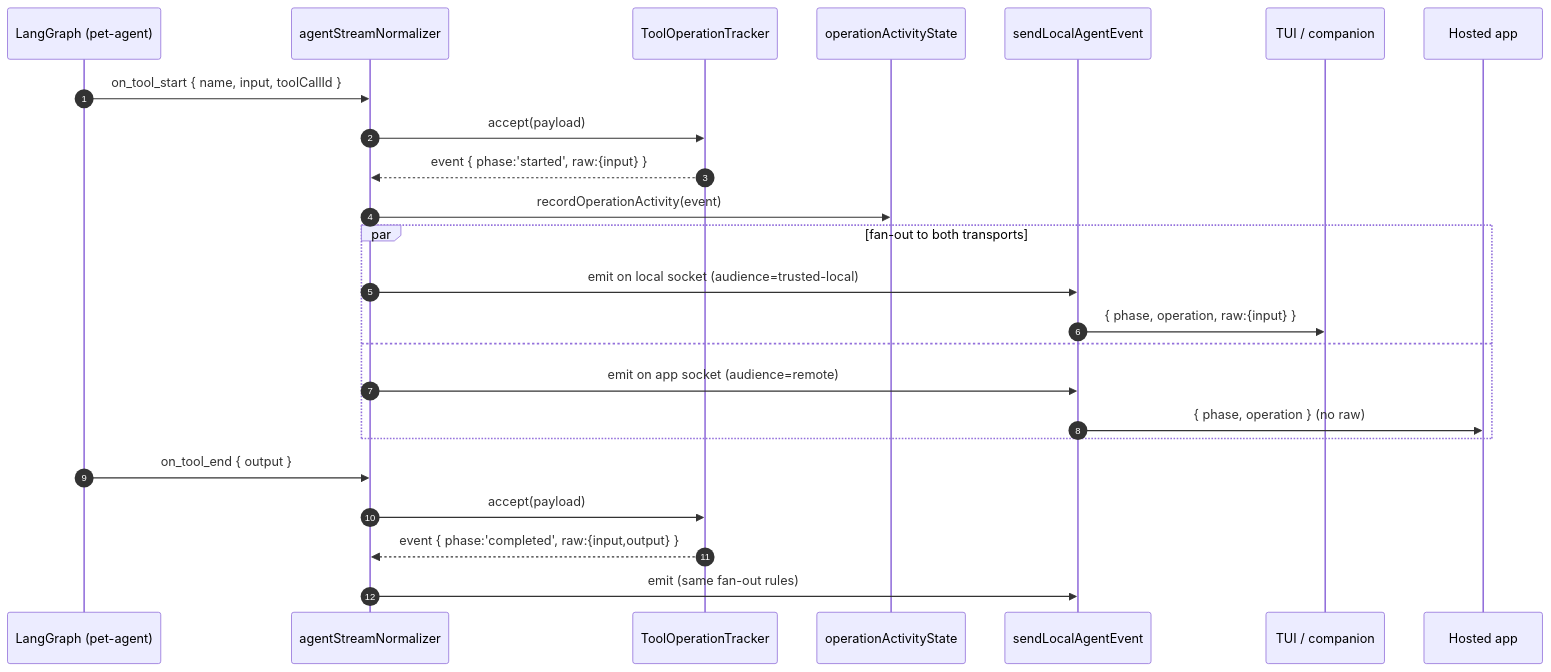
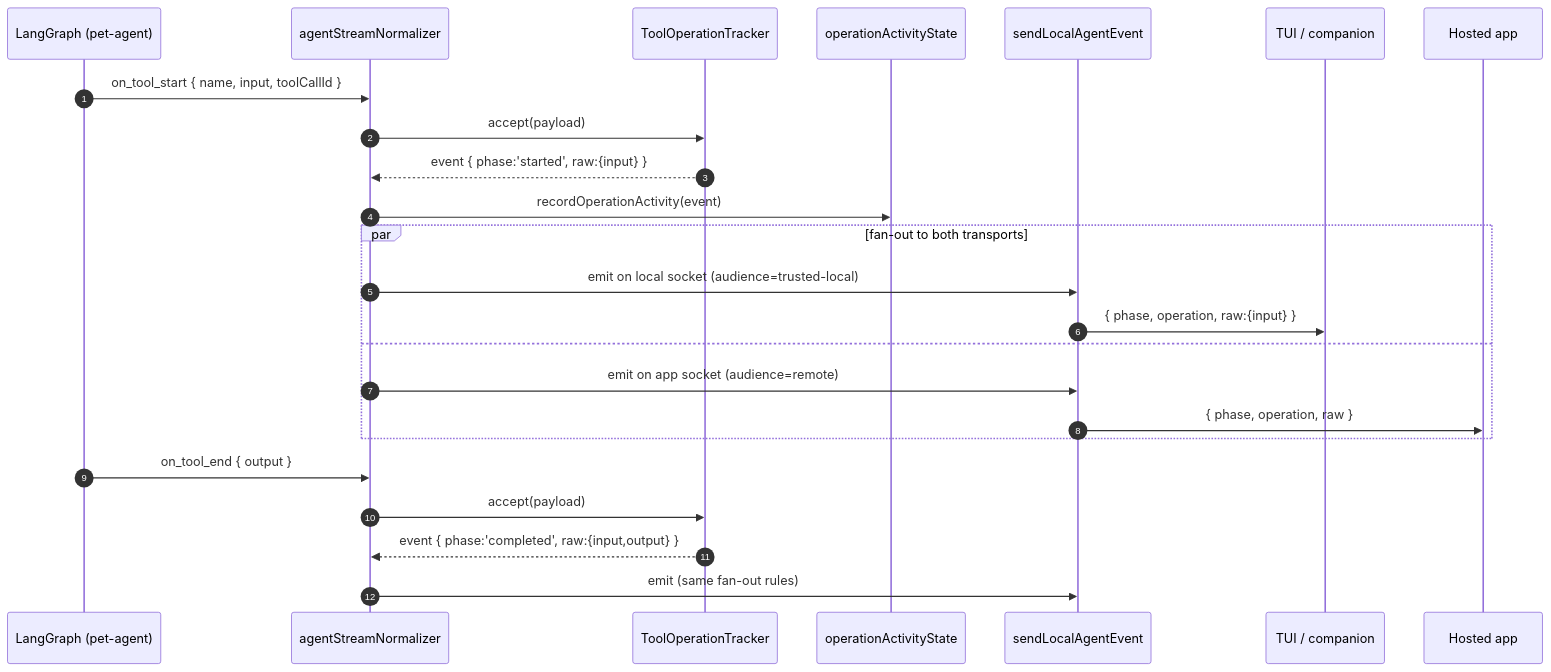
One commit to pinpawo/pinpawo-agent changed the second of 2 diagrams in services/local-agent/docs/local-agent-events.md. Above: the diagram before and after it, drawn with Mermaid. The commit also changed other lines of this file and 6 other files, not shown here.

````diff
--- a/services/local-agent/docs/local-agent-events.md
+++ b/services/local-agent/docs/local-agent-events.md
@@ -76,28 +77,28 @@
 ```mermaid
 sequenceDiagram
   autonumber
   participant Graph as LangGraph (pet-agent)
   participant Norm as agentStreamNormalizer
   participant Track as ToolOperationTracker
   participant Act as operationActivityState
   participant Send as sendLocalAgentEvent
   participant Local as TUI / companion
   participant App as Hosted app
 
   Graph->>Norm: on_tool_start { name, input, toolCallId }
   Norm->>Track: accept(payload)
   Track-->>Norm: event { phase:'started', raw:{input} }
   Norm->>Act: recordOperationActivity(event)
   par fan-out to both transports
     Norm->>Send: emit on local socket (audience=trusted-local)
     Send->>Local: { phase, operation, raw:{input} }
   and
     Norm->>Send: emit on app socket (audience=remote)
-    Send->>App: { phase, operation }  (no raw)
+    Send->>App: { phase, operation, raw }
   end
 
   Graph->>Norm: on_tool_end { output }
   Norm->>Track: accept(payload)
   Track-->>Norm: event { phase:'completed', raw:{input,output} }
   Norm->>Send: emit (same fan-out rules)
 ```
````
